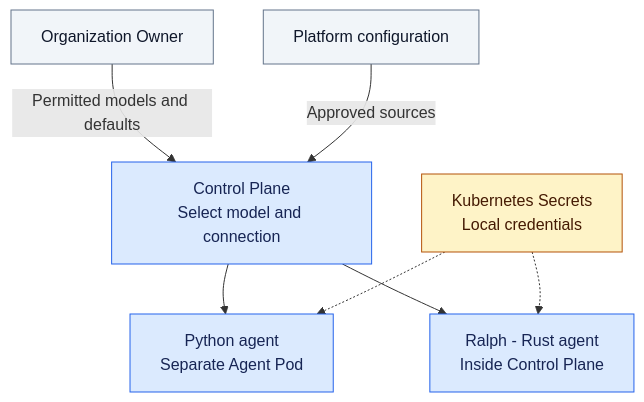
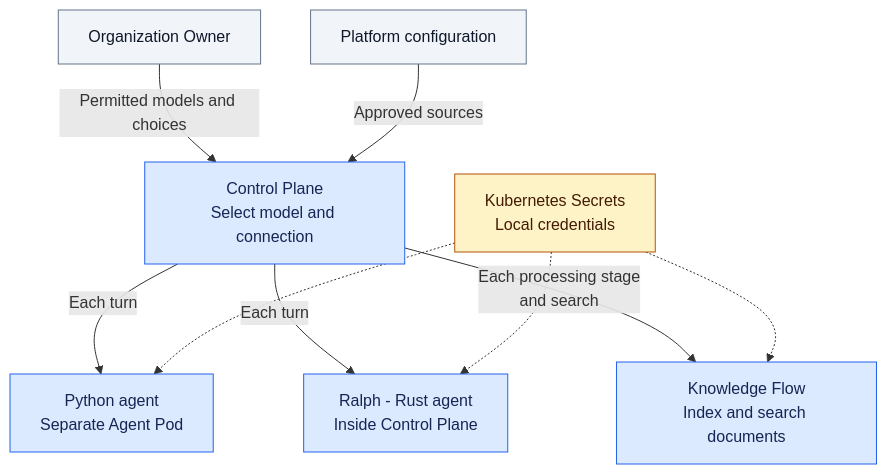
One commit to ThalesGroup/fred changed the fourth of 4 diagrams in docs/architecture/01-system-overview.md. Above: the diagram before and after it, drawn with Mermaid. The commit also changed other lines of this file and 129 other files, not shown here.

````diff
--- a/docs/architecture/01-system-overview.md
+++ b/docs/architecture/01-system-overview.md
@@ -106,17 +111,19 @@
 ```mermaid
 flowchart TB
-    owner["Organization Owner"] -->|"Permitted models and defaults"| cp
+    owner["Organization Owner"] -->|"Permitted models and choices"| cp
     platform["Platform configuration"] -->|"Approved sources"| cp
     cp["Control Plane<br/>Select model and connection"]
-    cp --> python["Python agent<br/>Separate Agent Pod"]
-    cp --> rust["Ralph - Rust agent<br/>Inside Control Plane"]
+    cp -->|"Each turn"| python["Python agent<br/>Separate Agent Pod"]
+    cp -->|"Each turn"| rust["Ralph - Rust agent<br/>Inside Control Plane"]
+    cp -->|"Each processing stage<br/>and search"| kf["Knowledge Flow<br/>Index and search documents"]
     secrets["Kubernetes Secrets<br/>Local credentials"] -.-> python
     secrets -.-> rust
+    secrets -.-> kf
 
     classDef fred fill:#DBEAFE,stroke:#2563EB,color:#172554
     classDef cots fill:#FEF3C7,stroke:#B45309,color:#451A03
     classDef neutral fill:#F1F5F9,stroke:#64748B,color:#0F172A
-    class cp,python,rust fred
+    class cp,python,rust,kf fred
     class secrets cots
     class owner,platform neutral
 ```
````
